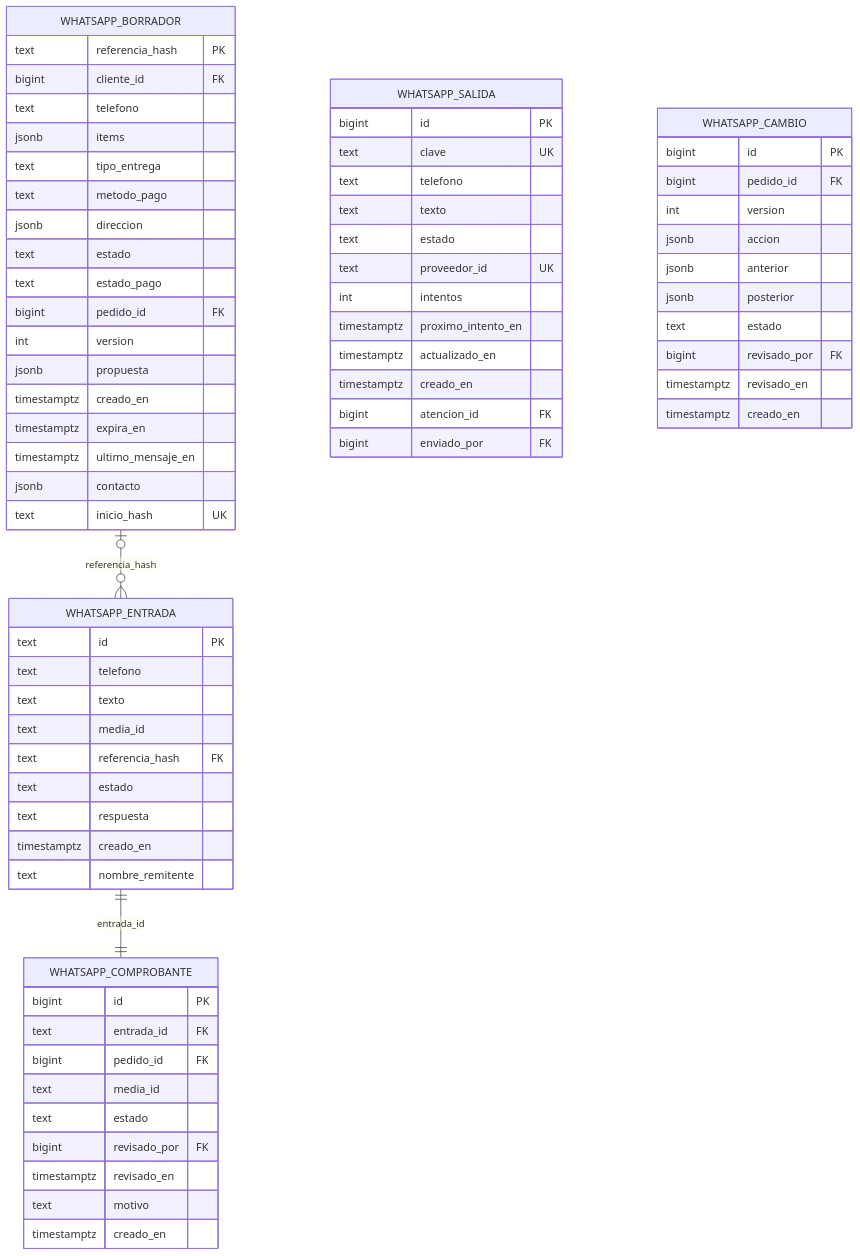
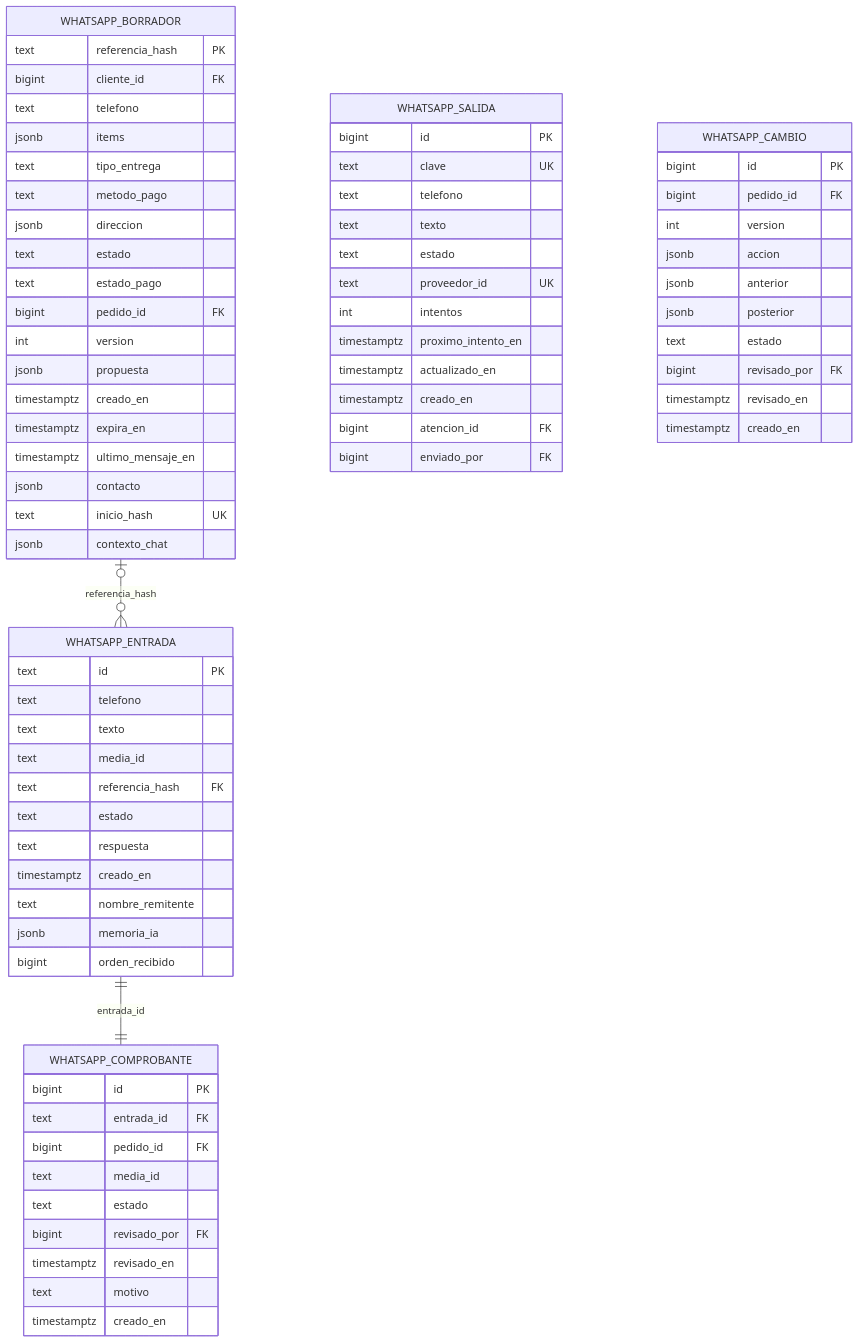
One commit to Ignapag/Proyecto---Seminario-Integrador-2026 changed the eighth of 11 diagrams in docs/DER.md. Above: the diagram before and after it, drawn with Mermaid. The commit also changed 14 other files, not shown here.

````diff
--- a/docs/DER.md
+++ b/docs/DER.md
@@ -465,72 +465,75 @@
 ```mermaid
 erDiagram
     WHATSAPP_BORRADOR o|--o{ WHATSAPP_ENTRADA : referencia_hash
     WHATSAPP_ENTRADA ||--|| WHATSAPP_COMPROBANTE : entrada_id
     WHATSAPP_BORRADOR {
         text referencia_hash PK
         bigint cliente_id FK
         text telefono
         jsonb items
         text tipo_entrega
         text metodo_pago
         jsonb direccion
         text estado
         text estado_pago
         bigint pedido_id FK
         int version
         jsonb propuesta
         timestamptz creado_en
         timestamptz expira_en
         timestamptz ultimo_mensaje_en
         jsonb contacto
         text inicio_hash UK
+        jsonb contexto_chat
     }
     WHATSAPP_ENTRADA {
         text id PK
         text telefono
         text texto
         text media_id
         text referencia_hash FK
         text estado
         text respuesta
         timestamptz creado_en
         text nombre_remitente
+        jsonb memoria_ia
+        bigint orden_recibido
     }
     WHATSAPP_SALIDA {
         bigint id PK
         text clave UK
         text telefono
         text texto
         text estado
         text proveedor_id UK
         int intentos
         timestamptz proximo_intento_en
         timestamptz actualizado_en
         timestamptz creado_en
         bigint atencion_id FK
         bigint enviado_por FK
     }
     WHATSAPP_CAMBIO {
         bigint id PK
         bigint pedido_id FK
         int version
         jsonb accion
         jsonb anterior
         jsonb posterior
         text estado
         bigint revisado_por FK
         timestamptz revisado_en
         timestamptz creado_en
     }
     WHATSAPP_COMPROBANTE {
         bigint id PK
         text entrada_id FK
         bigint pedido_id FK
         text media_id
         text estado
         bigint revisado_por FK
         timestamptz revisado_en
         text motivo
         timestamptz creado_en
     }
 ```
````
